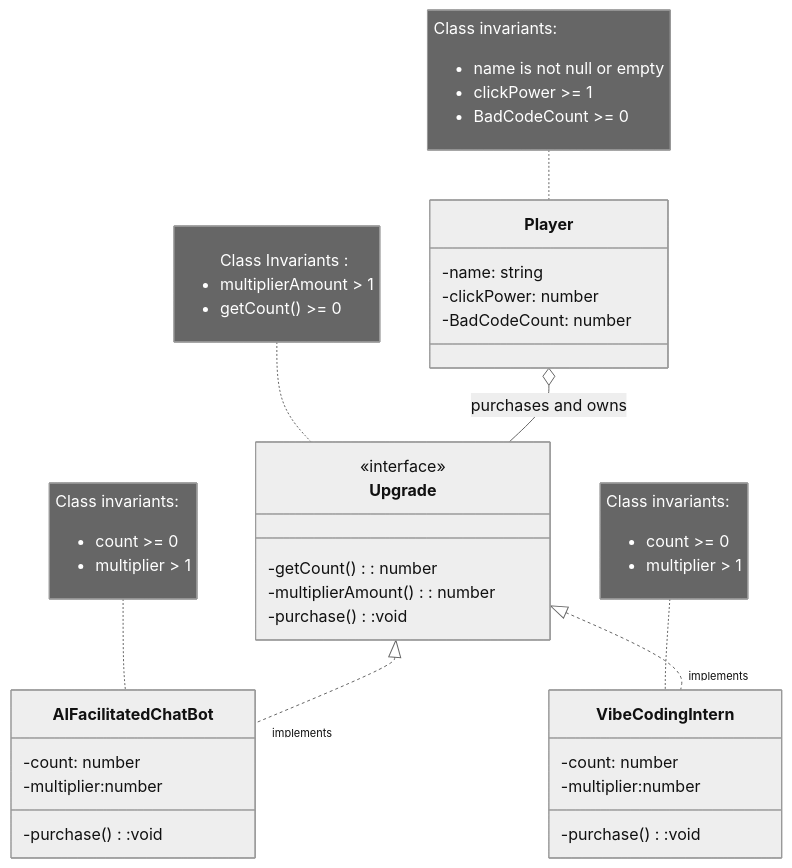
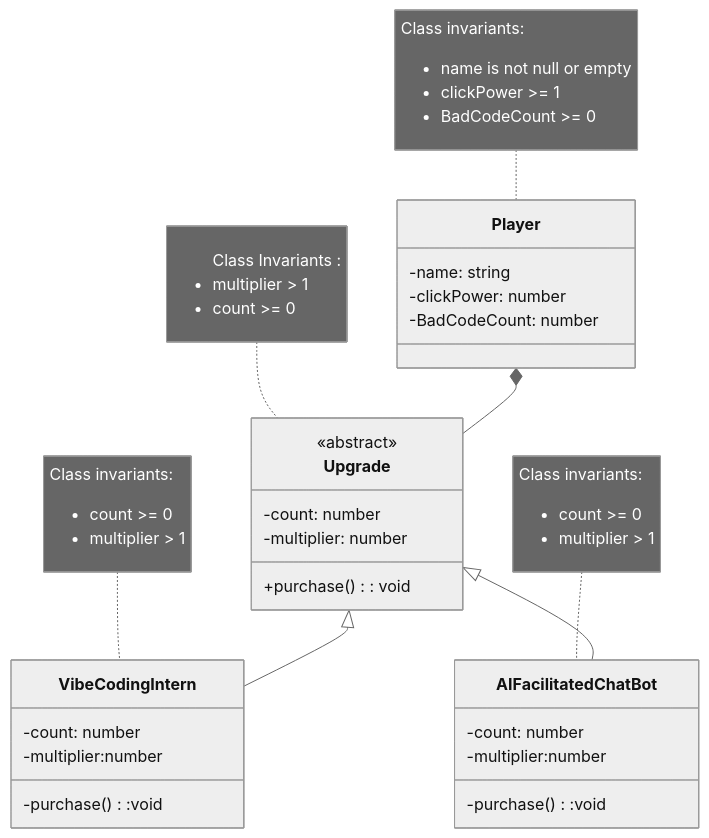
The diagram in domain.md (MoulikB/2452-project), drawn with Mermaid (neutral theme) before and after one commit. The commit also changed 1 other file, not shown here.

Commit message:
Updated domain for phase 1 release

````diff
--- a/domain.md
+++ b/domain.md
@@ -11,60 +11,63 @@
 ```mermaid
 classDiagram
 class Player {
     -name: string
     -clickPower: number
     -BadCodeCount: number
 }
 
 note for Player "Class invariants:
 <ul>
 <li>name is not null or empty</li>
 <li>clickPower >= 1</li>
 <li>BadCodeCount >= 0</li>
 </ul>
 "
 
 class Upgrade {
-    <<interface>>
-    -getCount(): number
-    -multiplierAmount(): number
-    -purchase():void
+    <<abstract>>
+    -count: number
+    -multiplier: number
+    +purchase(): void
 }
+
 
 note for Upgrade "
 <ul> Class Invariants :
-<li>multiplierAmount > 1</li>
-<li>getCount() >= 0</li>
+<li>multiplier > 1</li>
+<li>count >= 0</li>
 </ul>
 "
 
 class VibeCodingIntern {
     -count: number
     -multiplier:number
     -purchase():void
 }
 
 note for VibeCodingIntern "Class invariants:
 <ul>
 <li> count >= 0 </li>
 <li> multiplier > 1 </li>
 </ul>"
 
 class AIFacilitatedChatBot {
     -count: number
     -multiplier:number
     -purchase():void
 }
 
 note for AIFacilitatedChatBot "Class invariants:
 <ul>
 <li>count >= 0</li>
 <li>multiplier > 1</li>
 </ul>"
 
-Upgrade <|.. "implements" AIFacilitatedChatBot
-Upgrade <|.. "implements" VibeCodingIntern
+Upgrade <|-- VibeCodingIntern
+Upgrade <|-- AIFacilitatedChatBot
 
 
-Player o-- Upgrade : purchases and owns
+
+Player *-- Upgrade
+
 ```
````
